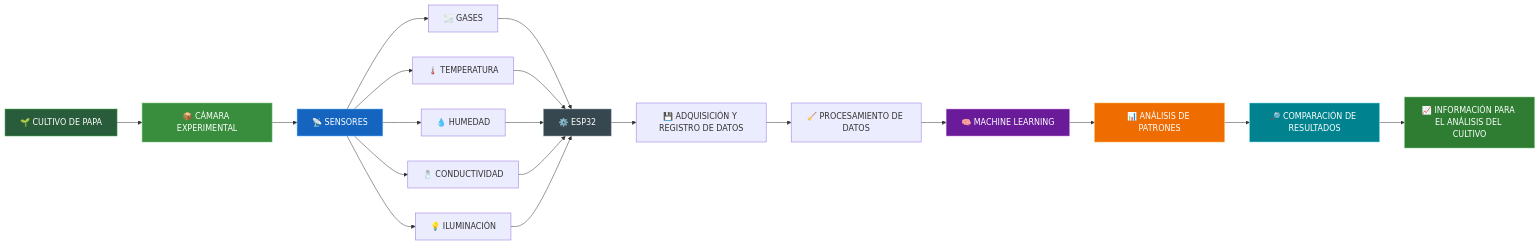
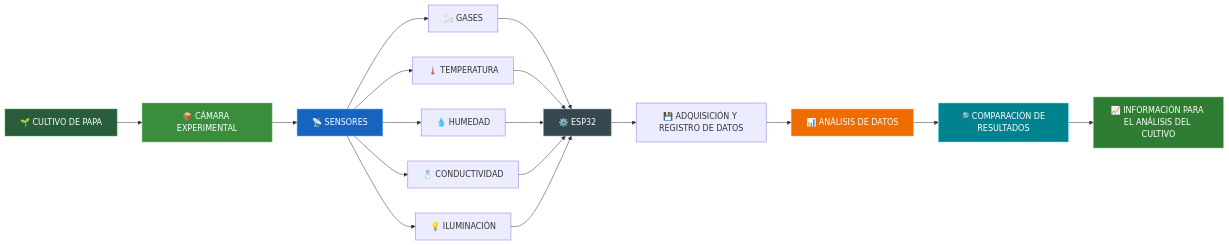
One commit to Cesrm27/PI_Equipo_01 changed the diagram in README.md. Above: the diagram before and after it, drawn with Mermaid. The commit also changed other lines of this file, not shown here.

````diff
--- a/README.md
+++ b/README.md
@@ -32,41 +31,36 @@
 ```mermaid
 flowchart LR
 
     A["🌱 CULTIVO DE PAPA"] --> B["📦 CÁMARA EXPERIMENTAL"]
 
     B --> C["📡 SENSORES"]
 
     C --> C1["🌫️ GASES"]
     C --> C2["🌡️ TEMPERATURA"]
     C --> C3["💧 HUMEDAD"]
     C --> C4["🧂 CONDUCTIVIDAD"]
     C --> C5["💡 ILUMINACIÓN"]
 
     C1 --> D["⚙️ ESP32"]
     C2 --> D
     C3 --> D
     C4 --> D
     C5 --> D
 
     D --> E["💾 ADQUISICIÓN Y REGISTRO DE DATOS"]
 
-    E --> F["🧹 PROCESAMIENTO DE DATOS"]
+    E --> F["📊 ANÁLISIS DE DATOS"]
 
-    F --> G["🧠 MACHINE LEARNING"]
+    F --> G["🔎 COMPARACIÓN DE RESULTADOS"]
 
-    G --> H["📊 ANÁLISIS DE PATRONES"]
-
-    H --> I["🔎 COMPARACIÓN DE RESULTADOS"]
-
-    I --> J["📈 INFORMACIÓN PARA EL ANÁLISIS DEL CULTIVO"]
+    G --> H["📈 INFORMACIÓN PARA EL ANÁLISIS DEL CULTIVO"]
 
     style A fill:#285C3A,color:#fff,stroke:#4CAF50
     style B fill:#388E3C,color:#fff,stroke:#81C784
     style C fill:#1565C0,color:#fff,stroke:#64B5F6
     style D fill:#37474F,color:#fff,stroke:#90A4AE
-    style G fill:#6A1B9A,color:#fff,stroke:#CE93D8
-    style H fill:#EF6C00,color:#fff,stroke:#FFB74D
-    style I fill:#00838F,color:#fff,stroke:#80DEEA
-    style J fill:#2E7D32,color:#fff,stroke:#81C784
+    style F fill:#EF6C00,color:#fff,stroke:#FFB74D
+    style G fill:#00838F,color:#fff,stroke:#80DEEA
+    style H fill:#2E7D32,color:#fff,stroke:#81C784
 
 ``` 
````
